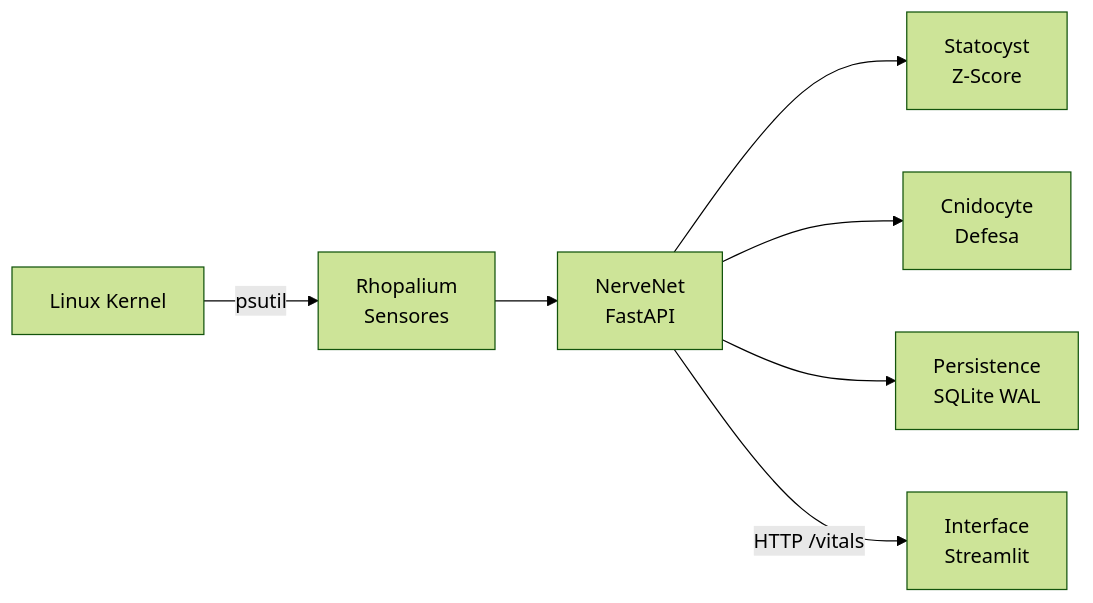
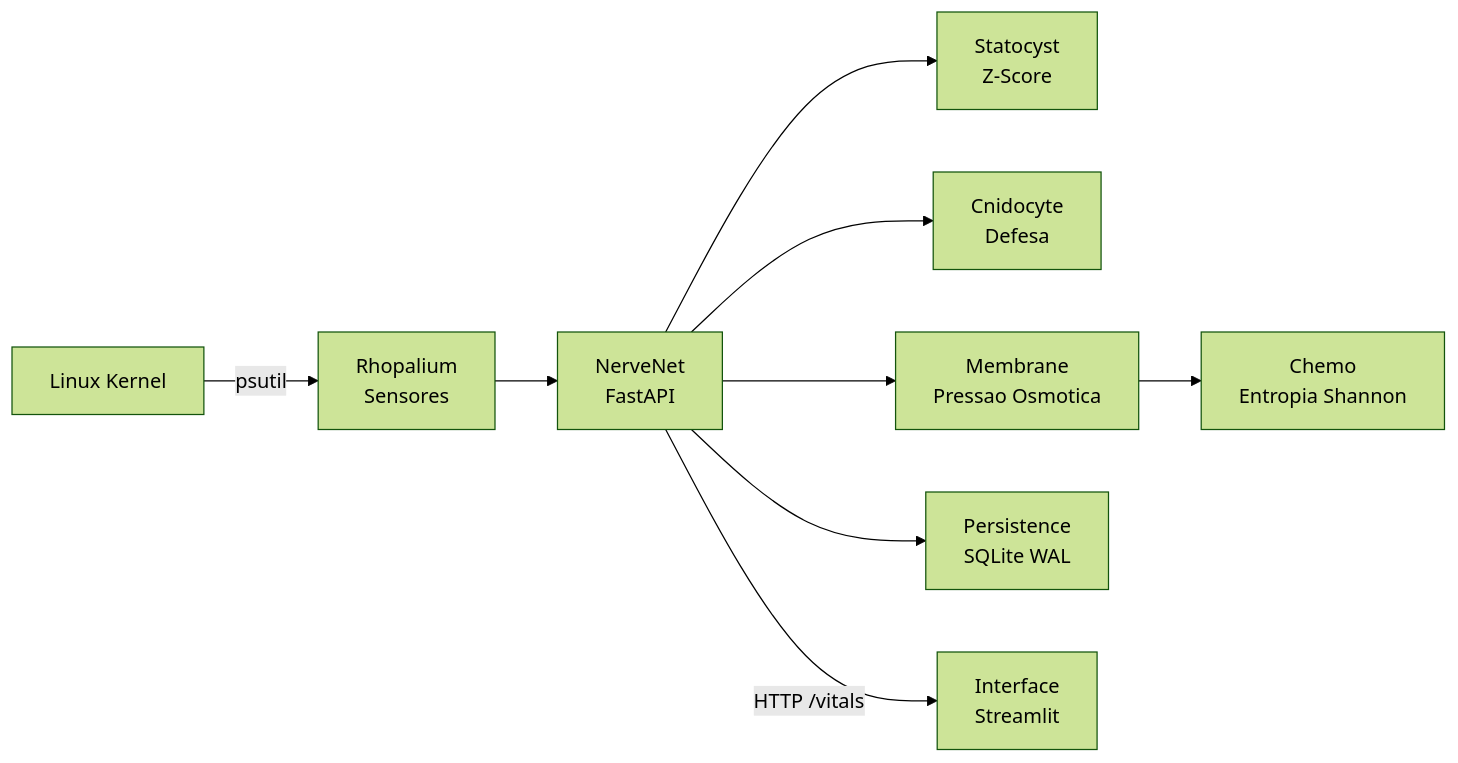
One commit to codeZ-coder/JellyV6 changed the diagram in README.md. Above: the diagram before and after it, drawn with Mermaid (forest theme). The commit also changed other lines of this file and 16 other files, not shown here.

````diff
--- a/README.md
+++ b/README.md
@@ -47,9 +51,11 @@
 ```mermaid
 graph LR
     A[Linux Kernel] -->|psutil| R[Rhopalium<br/>Sensores]
     R --> N[NerveNet<br/>FastAPI]
     N --> S[Statocyst<br/>Z-Score]
     N --> C[Cnidocyte<br/>Defesa]
+    N --> M[Membrane<br/>Pressao Osmotica]
+    M --> CH[Chemo<br/>Entropia Shannon]
     N --> P[Persistence<br/>SQLite WAL]
     N -->|HTTP /vitals| I[Interface<br/>Streamlit]
 ```
````
